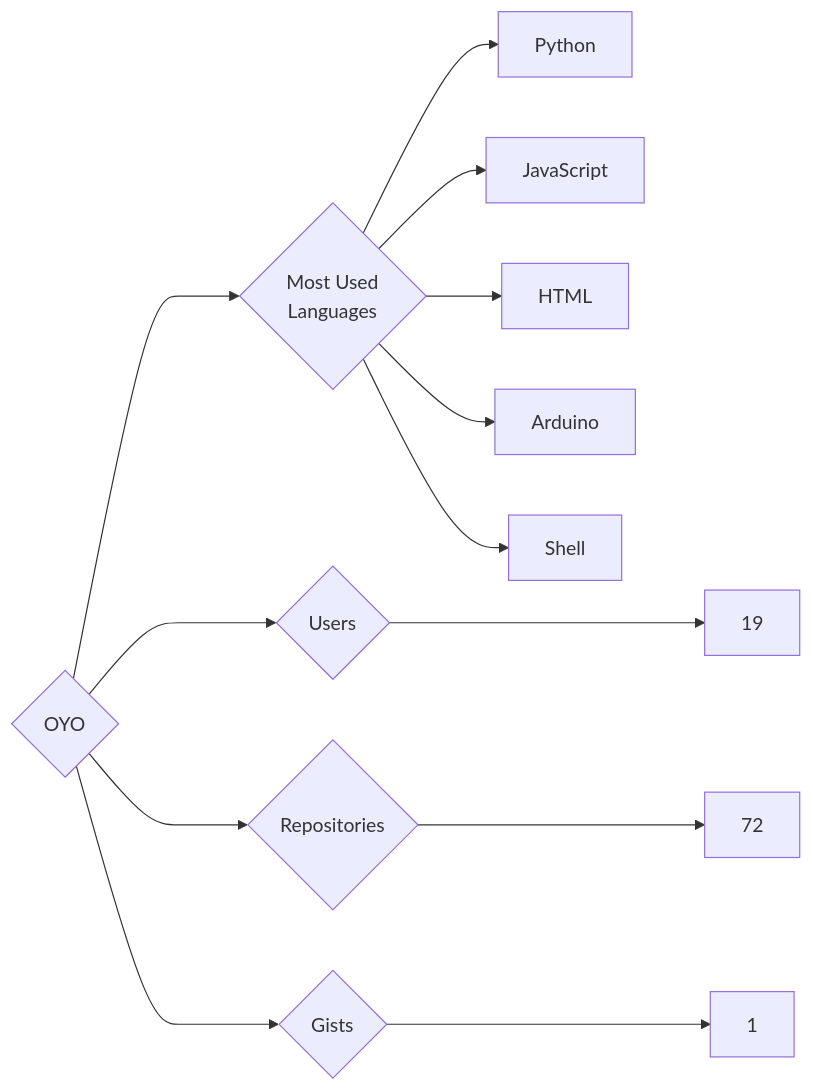
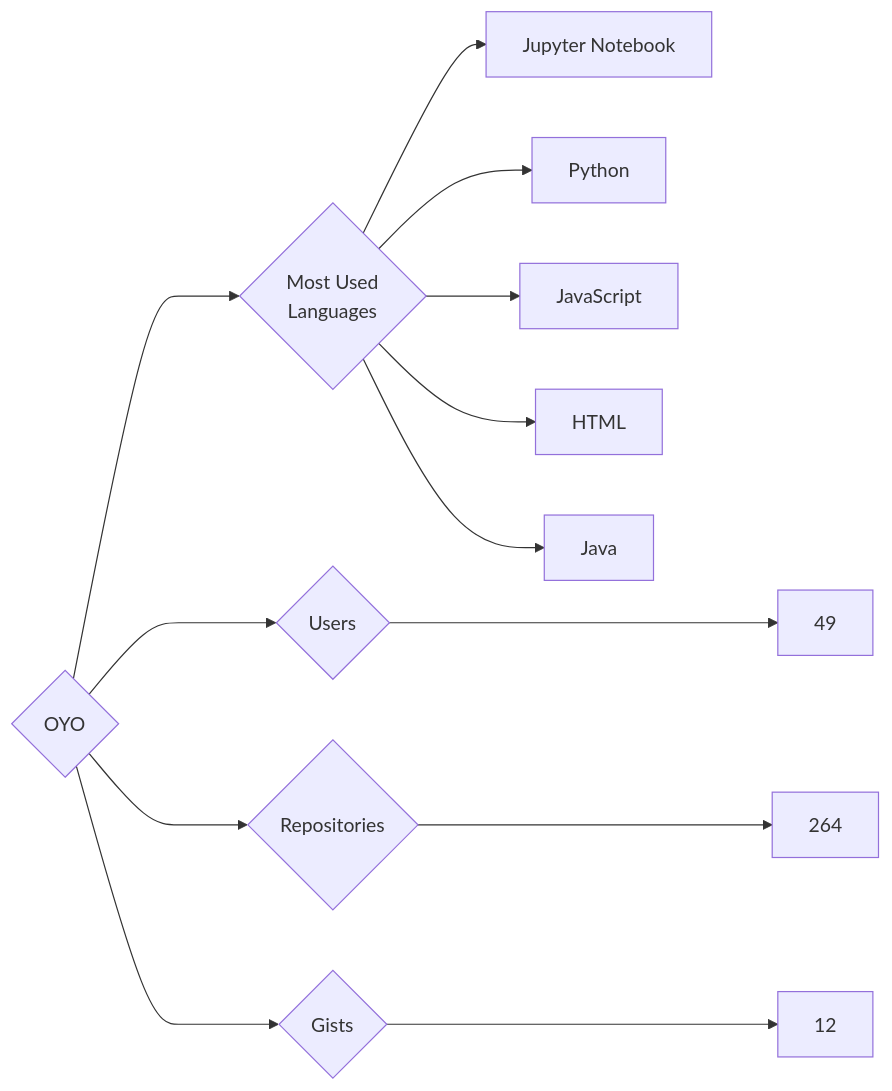
Before and after one commit to trickest/insiders: the diagram in targets/OYO/README.md, drawn with Mermaid. The commit also changed 835 other files, not shown here.

````diff
--- a/targets/OYO/README.md
+++ b/targets/OYO/README.md
@@ -3,13 +3,13 @@
 ```mermaid
 graph LR
 COMPANY_NAME{OYO}
-COMPANY_NAME ---> U{Users} ---> UN[19]
-COMPANY_NAME ---> R{Repositories} ---> RN[72]
-COMPANY_NAME ---> G{Gists} ---> GN[1]
+COMPANY_NAME ---> U{Users} ---> UN[49]
+COMPANY_NAME ---> R{Repositories} ---> RN[264]
+COMPANY_NAME ---> G{Gists} ---> GN[12]
 COMPANY_NAME ---> ML{Most Used<br>Languages}
+ML --> Jupyter_Notebook[Jupyter Notebook]
 ML --> Python[Python]
 ML --> JavaScript[JavaScript]
 ML --> HTML[HTML]
-ML --> Arduino[Arduino]
-ML --> Shell[Shell]
+ML --> Java[Java]
 ```
````
